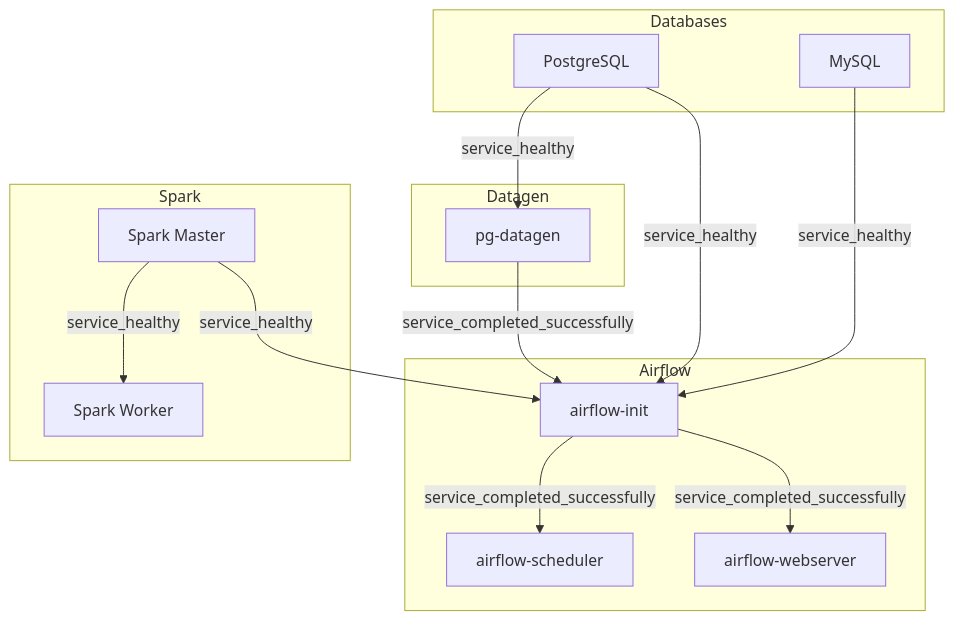
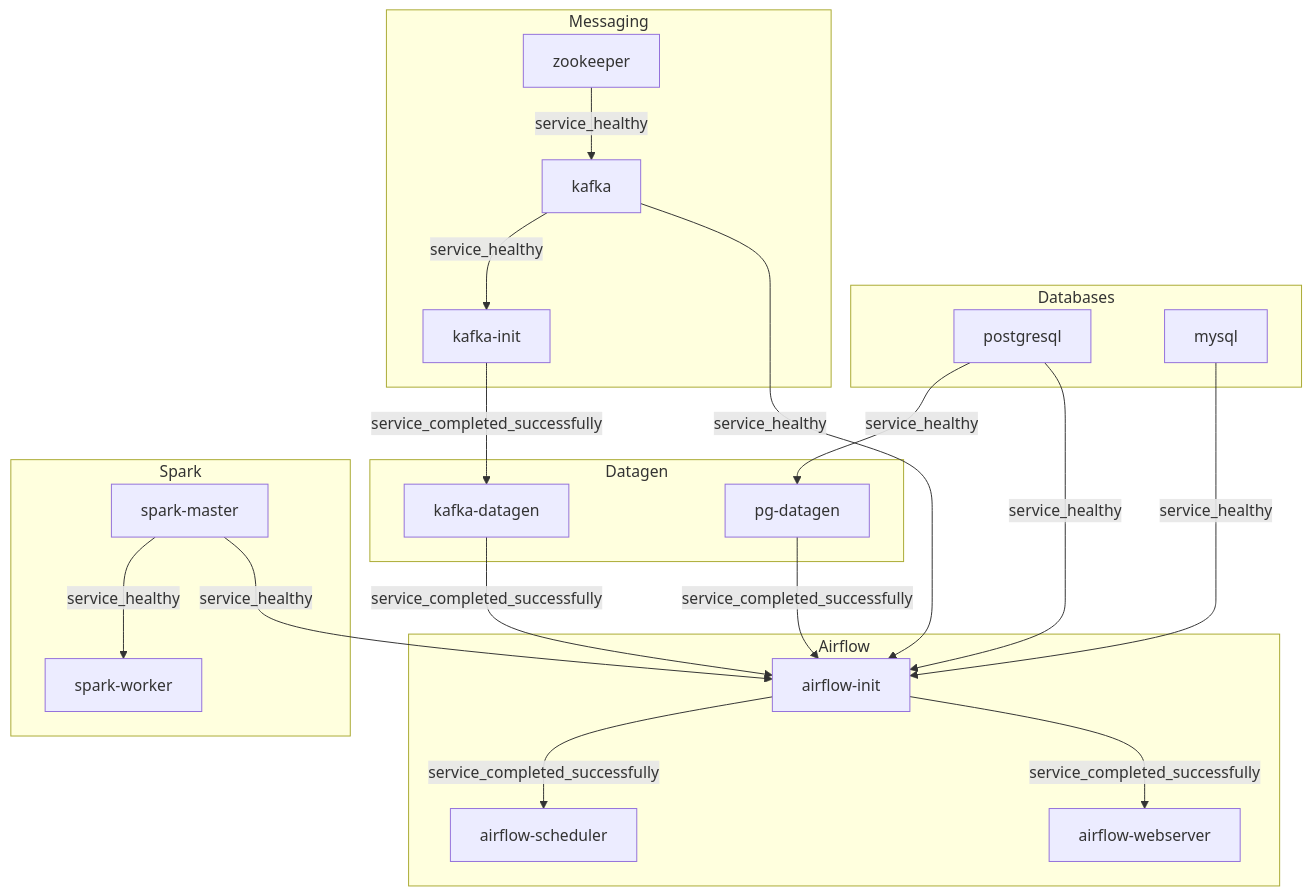
The diagram in README.md (avshapoval/python_de_finals), drawn with Mermaid before and after one commit. The commit also changed other lines of this file and 12 other files, not shown here.

````diff
--- a/README.md
+++ b/README.md
@@ -39,32 +46,45 @@
 ```mermaid
 graph TD
-    PG[PostgreSQL]
-    MY[MySQL]
+    PG[postgresql]
+    MY[mysql]
     PGDG[pg-datagen]
+    KDG[kafka-datagen]
     AI[airflow-init]
     AS[airflow-scheduler]
     AW[airflow-webserver]
-    SM[Spark Master]
-    SW[Spark Worker]
+    SM[spark-master]
+    SW[spark-worker]
+    ZK[zookeeper]
+    KF[kafka]
+    KI[kafka-init]
+
     subgraph Databases
         PG
         MY
     end
 
+    subgraph Messaging
+        ZK -->|service_healthy| KF
+        KF -->|service_healthy| KI
+    end
+
     subgraph Datagen
         PG -->|service_healthy| PGDG
+        KI -->|service_completed_successfully| KDG
     end
 
     subgraph Spark
         SM -->|service_healthy| SW
     end
 
     subgraph Airflow
         PG -->|service_healthy| AI
         MY -->|service_healthy| AI
         SM -->|service_healthy| AI
+        KF -->|service_healthy| AI
         PGDG -->|service_completed_successfully| AI
+        KDG -->|service_completed_successfully| AI
         AI -->|service_completed_successfully| AS
         AI -->|service_completed_successfully| AW
     end
 ```
````
